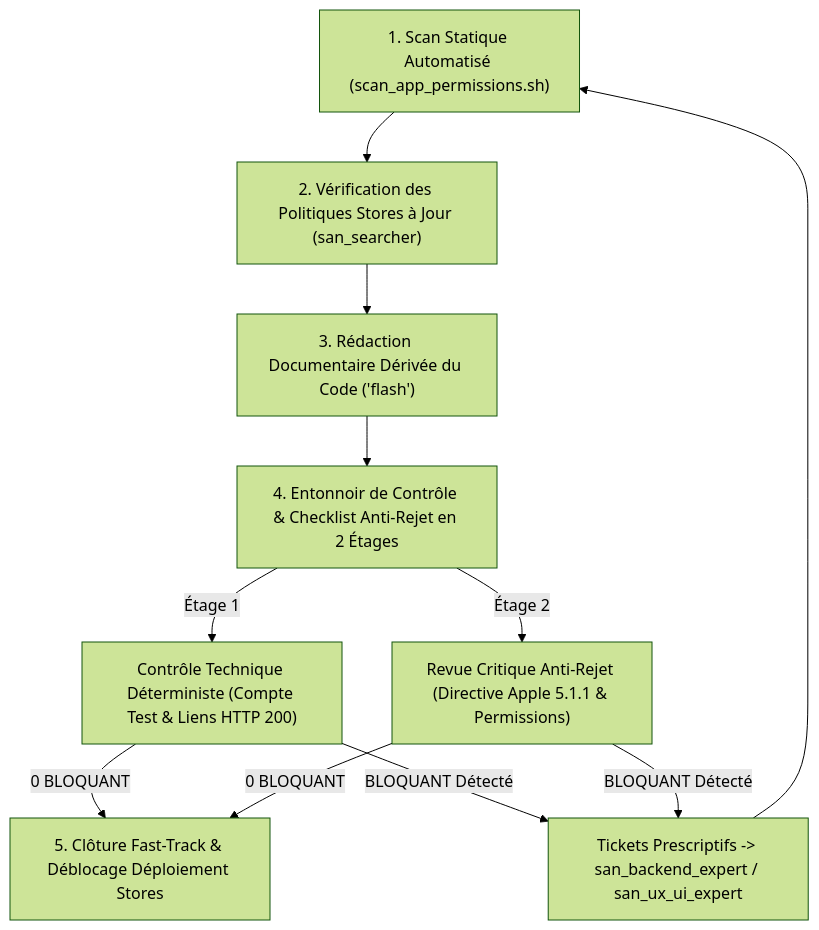
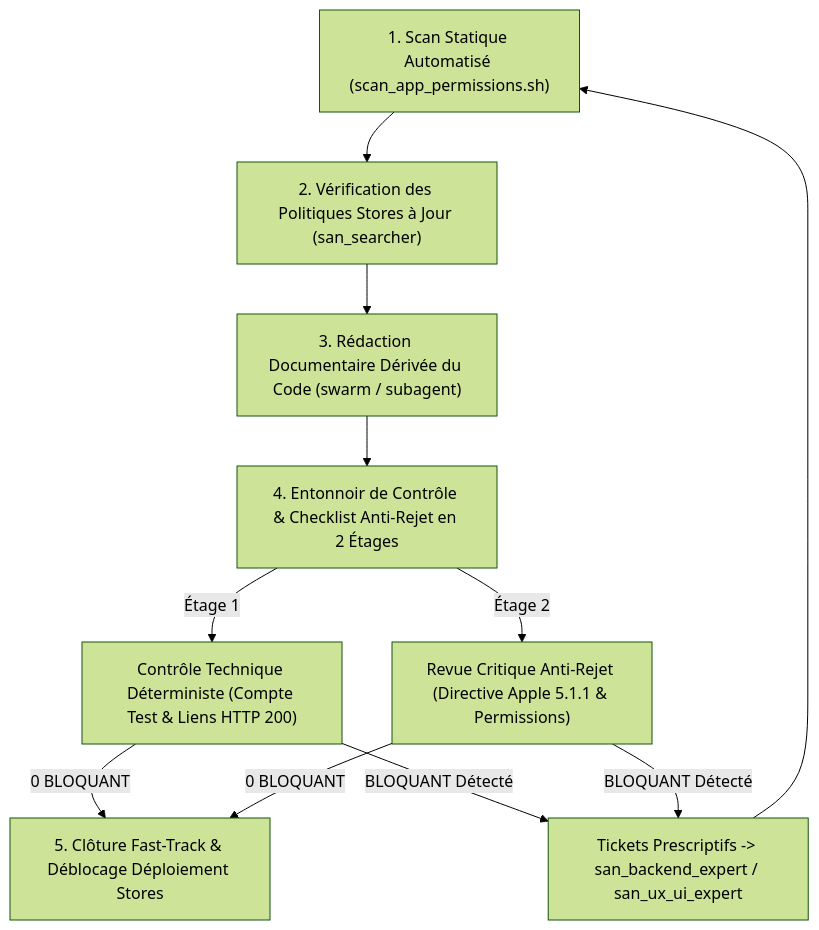
Before and after one commit to alexsan-dev/san_agy_framework: the first of 2 diagrams in skills/san_store_legal_expert.md, drawn with Mermaid (forest theme). The commit also changed other lines of this file and 69 other files, not shown here.

````diff
--- a/skills/san_store_legal_expert.md
+++ b/skills/san_store_legal_expert.md
@@ -117,11 +125,11 @@
 ```mermaid
 flowchart TD
     A["1. Scan Statique Automatisé (scan_app_permissions.sh)"] --> B["2. Vérification des Politiques Stores à Jour (san_searcher)"]
-    B --> C["3. Rédaction Documentaire Dérivée du Code ('flash')"]
+    B --> C["3. Rédaction Documentaire Dérivée du Code (swarm / subagent)"]
     C --> D["4. Entonnoir de Contrôle & Checklist Anti-Rejet en 2 Étages"]
     D -->|Étage 1| E["Contrôle Technique Déterministe (Compte Test & Liens HTTP 200)"]
     D -->|Étage 2| F["Revue Critique Anti-Rejet (Directive Apple 5.1.1 & Permissions)"]
     E & F -->|0 BLOQUANT| G["5. Clôture Fast-Track & Déblocage Déploiement Stores"]
     E & F -->|BLOQUANT Détecté| H["Tickets Prescriptifs -> san_backend_expert / san_ux_ui_expert"]
     H --> A
 ```
````
